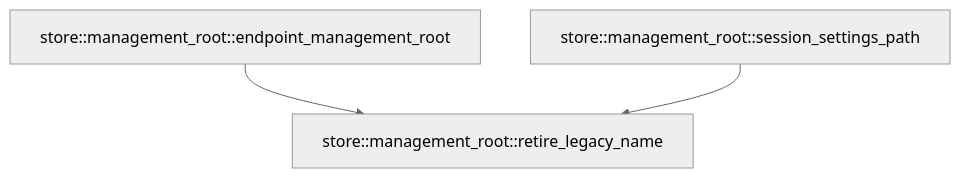
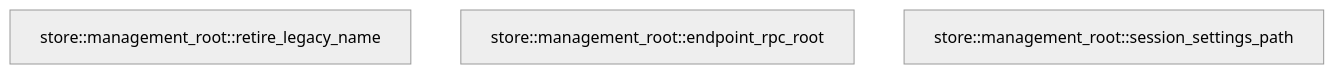
The diagram in crates/store/docs/generated/src--management_root.md (TekesApps/TekesKernel), drawn with Mermaid (neutral theme) before and after one commit. The commit also changed other lines of this file and 278 other files, not shown here.

````diff
--- a/crates/store/docs/generated/src--management_root.md
+++ b/crates/store/docs/generated/src--management_root.md
@@ -43,8 +40,6 @@
 ```mermaid
 flowchart TD
   n0["store::management_root::retire_legacy_name"]
-  n1["store::management_root::endpoint_management_root"]
+  n1["store::management_root::endpoint_rpc_root"]
   n2["store::management_root::session_settings_path"]
-  n1 --> n0
-  n2 --> n0
 ```
````
